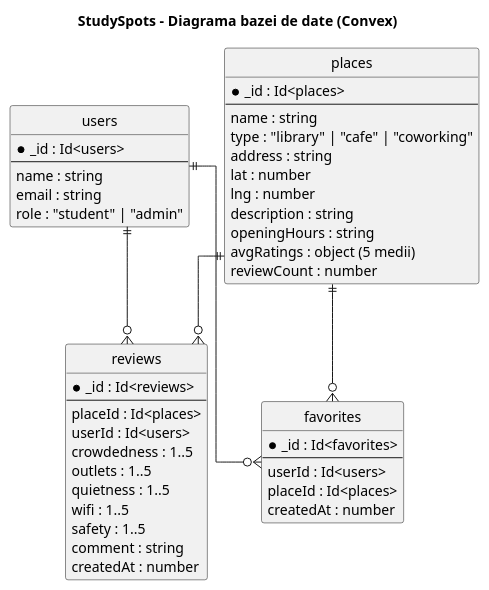
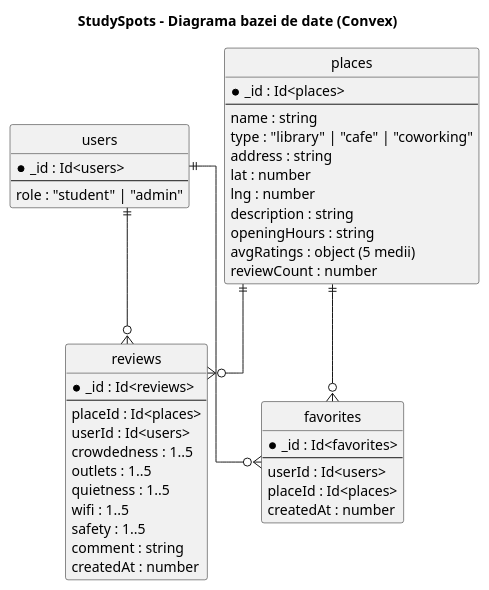
Before and after one commit to dobrinz123/studyspots-bucuresti: the diagram in docs/diagrams/er.puml, drawn with PlantUML. The commit also changed 15 other files, not shown here.

```diff
--- a/docs/diagrams/er.puml
+++ b/docs/diagrams/er.puml
@@ -1,54 +1,52 @@
 @startuml
 title StudySpots - Diagrama bazei de date (Convex)
 hide circle
 skinparam linetype ortho
 
 entity users {
   * _id : Id<users>
   --
-  name : string
-  email : string
   role : "student" | "admin"
 }
 
 entity places {
   * _id : Id<places>
   --
   name : string
   type : "library" | "cafe" | "coworking"
   address : string
   lat : number
   lng : number
   description : string
   openingHours : string
   avgRatings : object (5 medii)
   reviewCount : number
 }
 
 entity reviews {
   * _id : Id<reviews>
   --
   placeId : Id<places>
   userId : Id<users>
   crowdedness : 1..5
   outlets : 1..5
   quietness : 1..5
   wifi : 1..5
   safety : 1..5
   comment : string
   createdAt : number
 }
 
 entity favorites {
   * _id : Id<favorites>
   --
   userId : Id<users>
   placeId : Id<places>
   createdAt : number
 }
 
 users ||--o{ reviews
 places ||--o{ reviews
 users ||--o{ favorites
 places ||--o{ favorites
 @enduml
```
